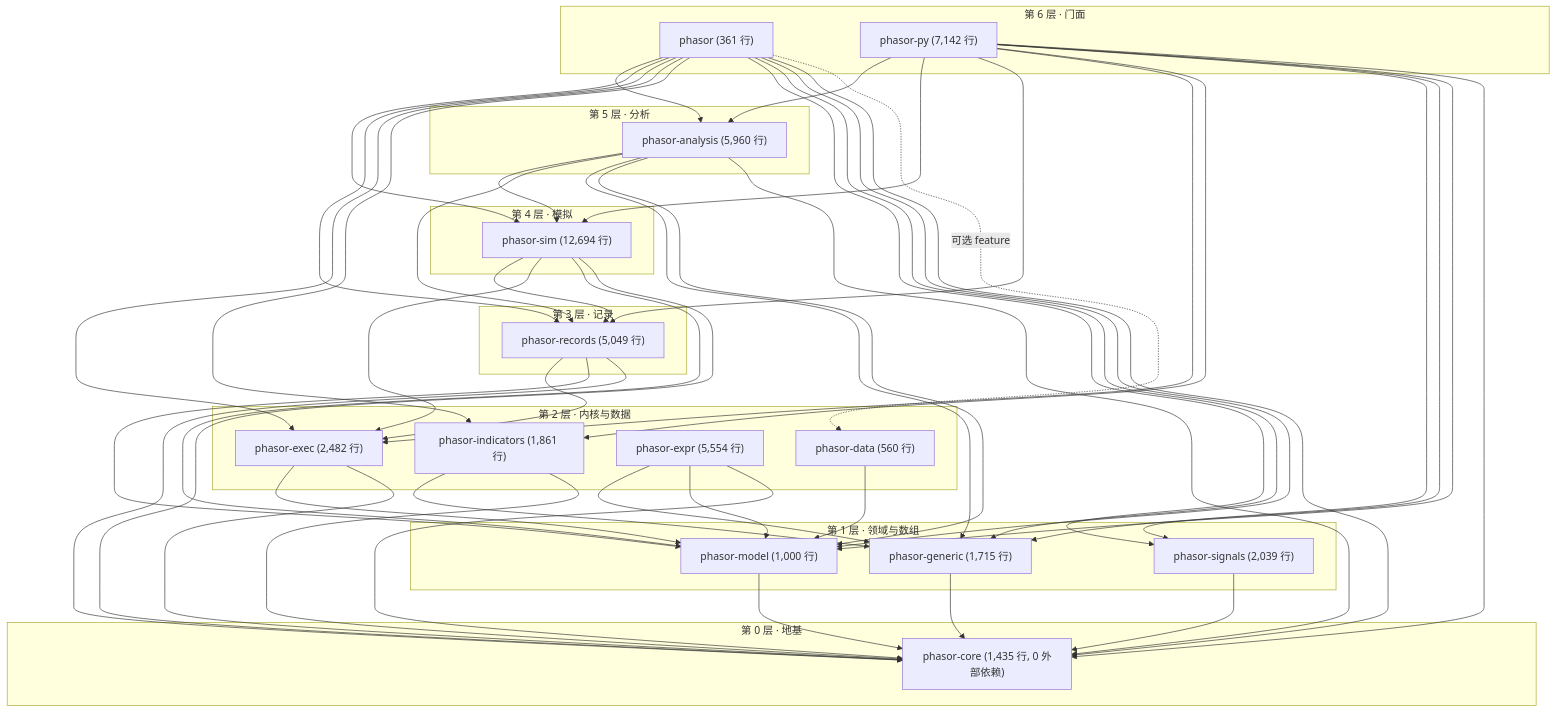
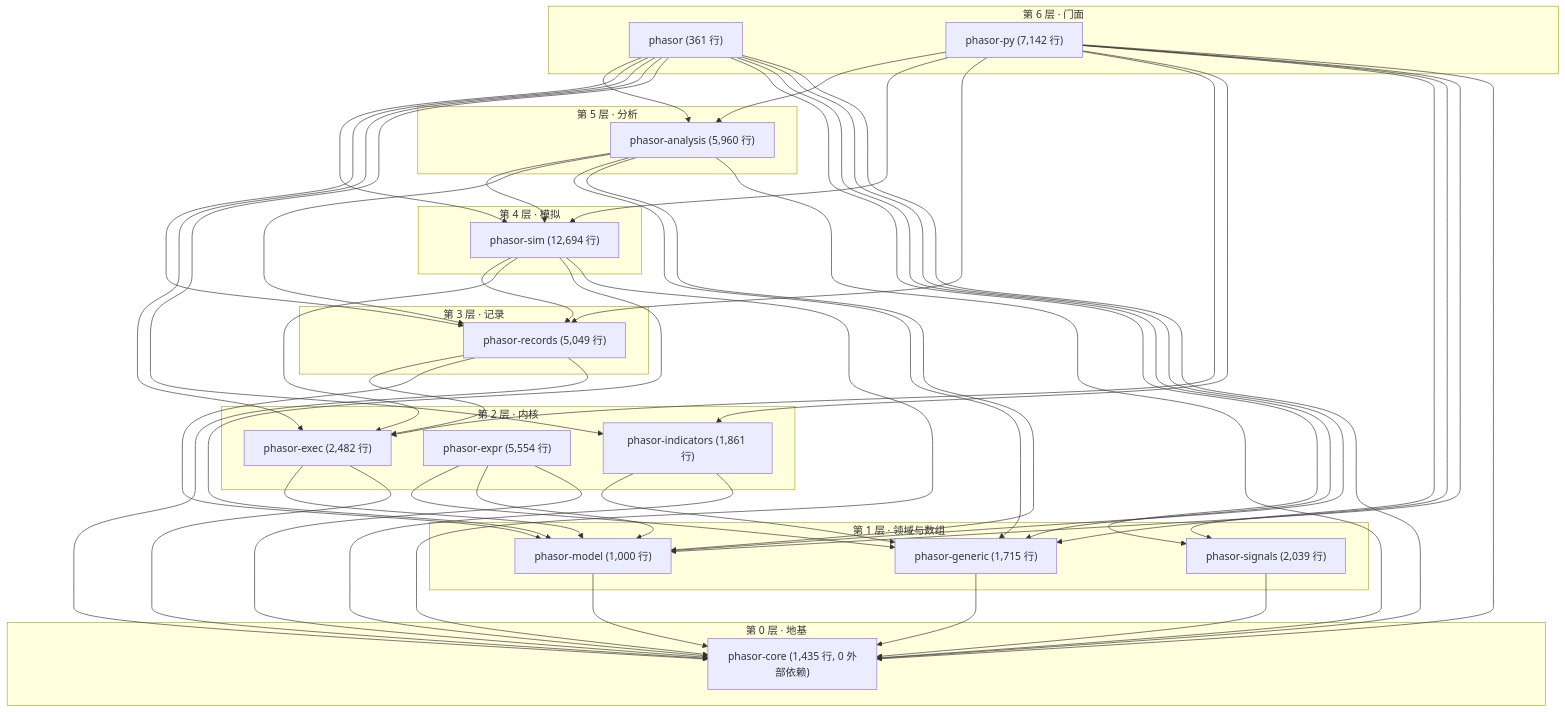
One commit to nivalume/phasor changed the second of 3 diagrams in docs/README.md. Above: the diagram before and after it, drawn with Mermaid. The commit also changed other lines of this file and 25 other files, not shown here.

````diff
--- a/docs/README.md
+++ b/docs/README.md
@@ -86,51 +86,48 @@
 ```mermaid
 flowchart TD
     subgraph L6["第 6 层 · 门面"]
         phasor["phasor (361 行)"]
         phasor_py["phasor-py (7,142 行)"]
     end
 
     subgraph L5["第 5 层 · 分析"]
         phasor_analysis["phasor-analysis (5,960 行)"]
     end
 
     subgraph L4["第 4 层 · 模拟"]
         phasor_sim["phasor-sim (12,694 行)"]
     end
 
     subgraph L3["第 3 层 · 记录"]
         phasor_records["phasor-records (5,049 行)"]
     end
 
-    subgraph L2["第 2 层 · 内核与数据"]
-        phasor_data["phasor-data (560 行)"]
+    subgraph L2["第 2 层 · 内核"]
         phasor_exec["phasor-exec (2,482 行)"]
         phasor_expr["phasor-expr (5,554 行)"]
         phasor_indicators["phasor-indicators (1,861 行)"]
     end
 
     subgraph L1["第 1 层 · 领域与数组"]
         phasor_model["phasor-model (1,000 行)"]
         phasor_generic["phasor-generic (1,715 行)"]
         phasor_signals["phasor-signals (2,039 行)"]
     end
 
     subgraph L0["第 0 层 · 地基"]
         phasor_core["phasor-core (1,435 行, 0 外部依赖)"]
     end
 
     phasor_py --> phasor_analysis & phasor_sim & phasor_records & phasor_exec & phasor_indicators & phasor_signals & phasor_generic & phasor_model & phasor_core
     phasor --> phasor_analysis & phasor_sim & phasor_records & phasor_exec & phasor_indicators & phasor_signals & phasor_generic & phasor_model & phasor_core
-    phasor -.可选 feature.-> phasor_data
 
     phasor_analysis --> phasor_sim & phasor_records & phasor_generic & phasor_model & phasor_core
     phasor_sim --> phasor_records & phasor_exec & phasor_model & phasor_core
     phasor_records --> phasor_exec & phasor_model & phasor_core
     phasor_exec --> phasor_model & phasor_core
-    phasor_data --> phasor_model
     phasor_expr --> phasor_generic & phasor_model & phasor_core
     phasor_indicators --> phasor_generic & phasor_core
     phasor_signals --> phasor_core
     phasor_generic --> phasor_core
     phasor_model --> phasor_core
 ```
````
